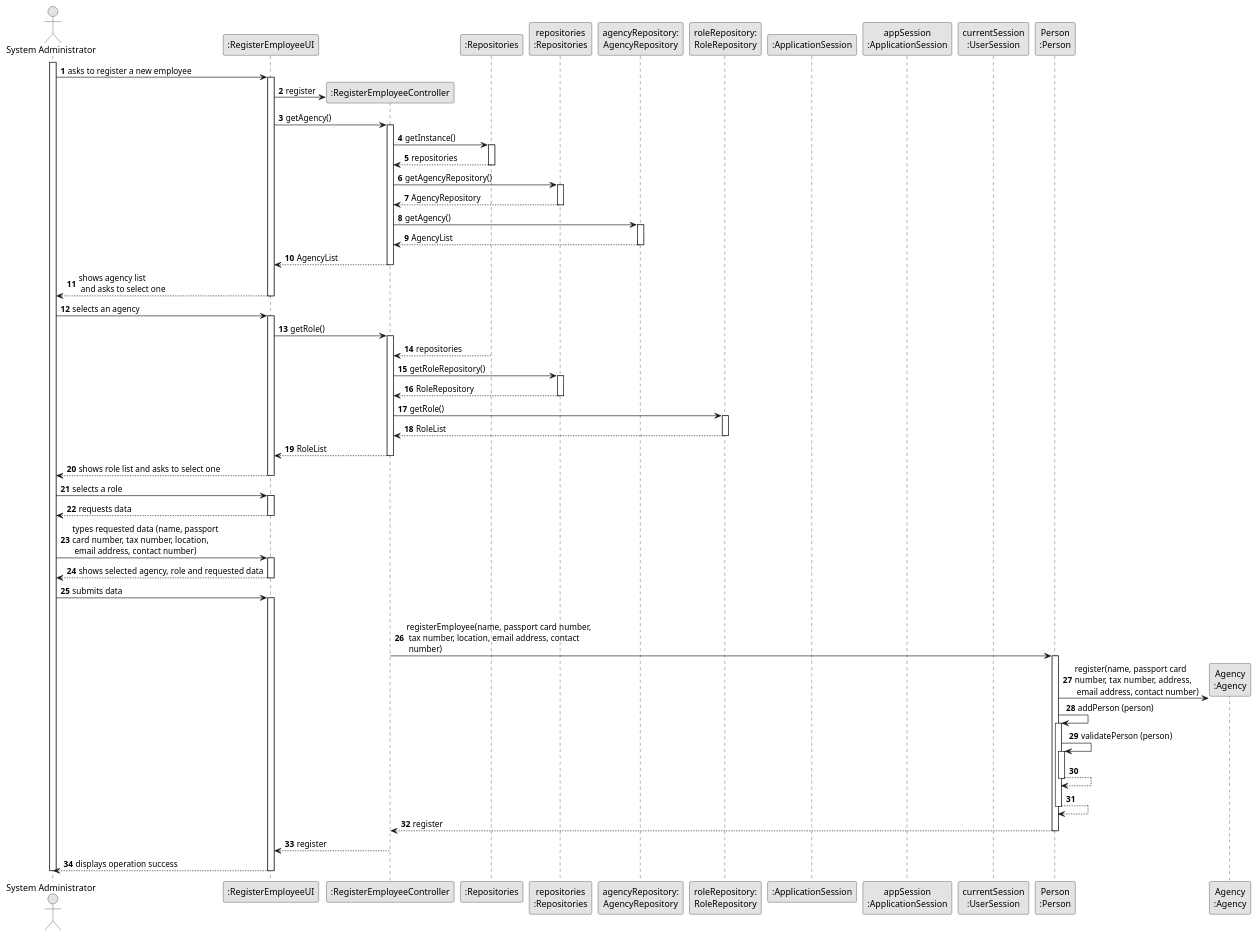
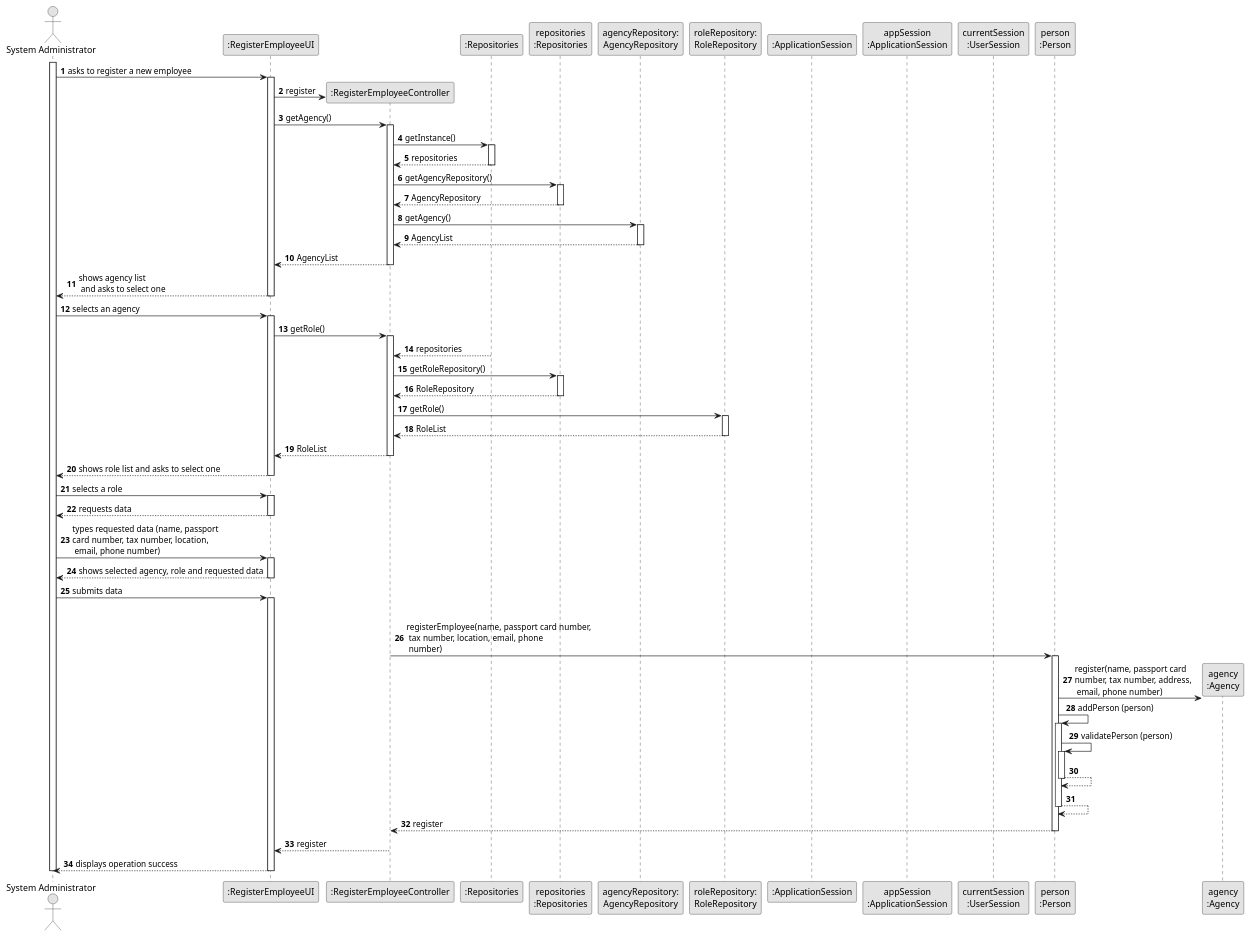
One commit to rita-barbosa/LAPR2-2223 changed the diagram in docs/sprintB/us003/03.design/puml/us003-sequence-diagram-full.puml. Above: the diagram before and after it, drawn with PlantUML. The commit also changed 5 other files, not shown here.

```diff
--- a/docs/sprintB/us003/03.design/puml/us003-sequence-diagram-full.puml
+++ b/docs/sprintB/us003/03.design/puml/us003-sequence-diagram-full.puml
@@ -1,132 +1,132 @@
 @startuml
 skinparam monochrome true
 skinparam packageStyle rectangle
 skinparam shadowing false
 
 autonumber
 
 'hide footbox
 actor "System Administrator" as ADM
 participant ":RegisterEmployeeUI" as UI
 participant ":RegisterEmployeeController" as CTRL
 participant ":Repositories" as RepositorySingleton
 participant "repositories\n:Repositories" as PLAT
 participant "agencyRepository:\nAgencyRepository" as AgencyRepository
 participant "roleRepository:\nRoleRepository" as RoleRepository
 participant ":ApplicationSession" as _APP
 participant "appSession\n:ApplicationSession" as APP
 participant "currentSession\n:UserSession" as SESSAO
-participant "Person\n:Person" as PERSON
-participant "Agency\n:Agency" as AGENCY
+participant "person\n:Person" as PERSON
+participant "agency\n:Agency" as AGENCY
 
 activate ADM
 
         ADM -> UI : asks to register a new employee
 
         activate UI
 
-'            UI --> ADM : requests data (name, citizen card number, tax number, address, email)
+'            UI --> ADM : requests data (name, passport card number, tax number, location, email, phone number)
             'create CTRL
             UI -> CTRL** : register
 
             UI -> CTRL : getAgency()
             activate CTRL
 
                 CTRL -> RepositorySingleton : getInstance()
                 activate RepositorySingleton
 
                     RepositorySingleton --> CTRL: repositories
                 deactivate RepositorySingleton
 
                 CTRL -> PLAT : getAgencyRepository()
                 activate PLAT
 
                     PLAT --> CTRL: AgencyRepository
                 deactivate PLAT
 
                 CTRL -> AgencyRepository : getAgency()
                 activate AgencyRepository
 
                     AgencyRepository --> CTRL : AgencyList
                 deactivate AgencyRepository
 
                 CTRL --> UI : AgencyList
             deactivate CTRL
 
             UI --> ADM : shows agency list\n and asks to select one
         deactivate UI
 
 
              ADM -> UI : selects an agency
              activate UI
 
 UI -> CTRL : getRole()
             activate CTRL
 
 
 
                     RepositorySingleton --> CTRL: repositories
                 deactivate RepositorySingleton
 
                 CTRL -> PLAT : getRoleRepository()
                 activate PLAT
 
                     PLAT --> CTRL: RoleRepository
                 deactivate PLAT
 
                 CTRL -> RoleRepository : getRole()
                 activate RoleRepository
 
                     RoleRepository --> CTRL : RoleList
                 deactivate RoleRepository
 
                 CTRL --> UI : RoleList
             deactivate CTRL
 
             UI --> ADM : shows role list and asks to select one
         deactivate UI
 
     ADM -> UI : selects a role
     activate UI
 
         UI --> ADM : requests data
     deactivate UI
 
-    ADM -> UI : types requested data (name, passport \ncard number, tax number, location,\n email address, contact number)
+    ADM -> UI : types requested data (name, passport \ncard number, tax number, location,\n email, phone number)
     activate UI
 
         UI --> ADM : shows selected agency, role and requested data
     deactivate UI
 
     ADM -> UI : submits data
     activate UI
 
             |||
-            CTRL -> PERSON: registerEmployee(name, passport card number,\n tax number, location, email address, contact\n number)
+            CTRL -> PERSON: registerEmployee(name, passport card number,\n tax number, location, email, phone\n number)
             activate PERSON
 
-                PERSON -> AGENCY**: register(name, passport card \nnumber, tax number, address,\n email address, contact number)
+                PERSON -> AGENCY**: register(name, passport card \nnumber, tax number, address,\n email, phone number)
                 PERSON -> PERSON: addPerson (person)
 
 
                 activate PERSON
                     PERSON -> PERSON: validatePerson (person)
                     activate PERSON
                         PERSON --> PERSON
                     deactivate PERSON
 
                     PERSON --> PERSON
                 deactivate PERSON
 
                 PERSON --> CTRL : register
 
             deactivate PERSON
 
             CTRL --> UI: register
             deactivate CTRL
             UI --> ADM: displays operation success
     deactivate UI
 
 deactivate ADM
 
 @enduml
```
